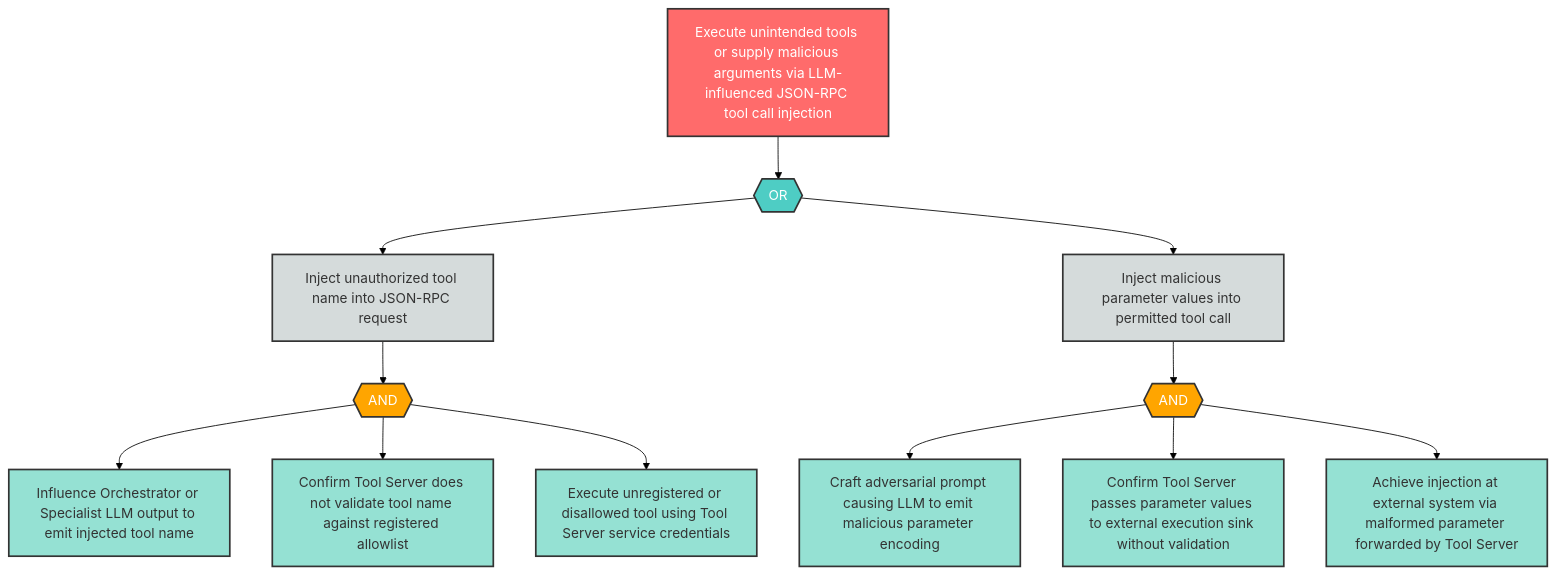
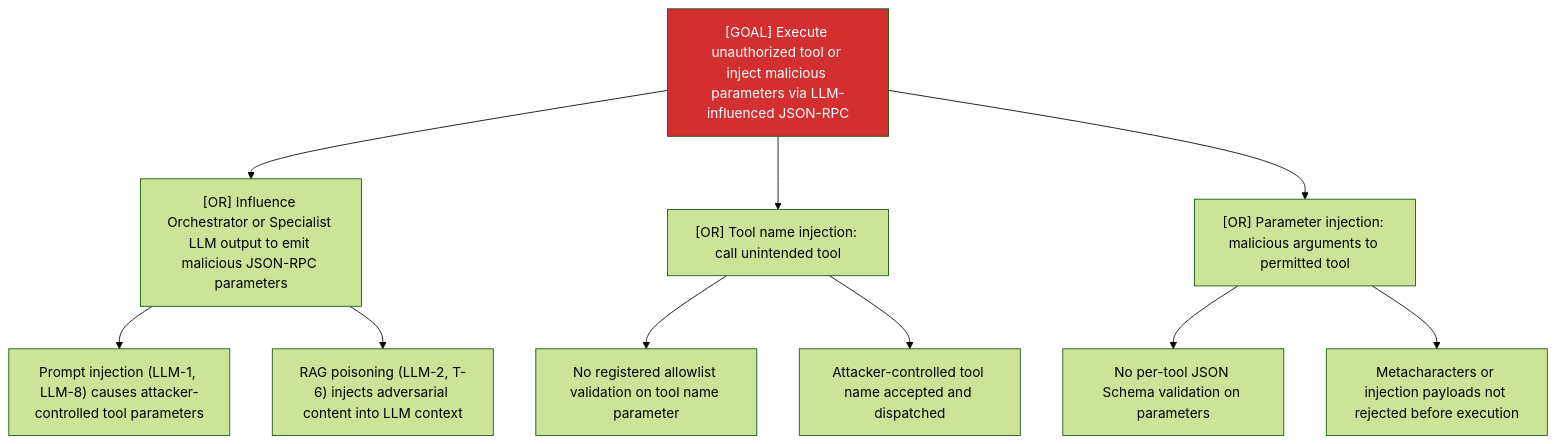
The diagram in examples/agentic-app/sample-report/attack-trees/AG-5-attack-tree.md (q-qp-p/davidmatousek-tachi), drawn with Mermaid (forest theme) before and after one commit. The commit also changed other lines of this file and 132 other files, not shown here.

````diff
--- a/examples/agentic-app/sample-report/attack-trees/AG-5-attack-tree.md
+++ b/examples/agentic-app/sample-report/attack-trees/AG-5-attack-tree.md
@@ -8,39 +7,15 @@
 ```mermaid
-flowchart TD
-    AG5_root["Execute unintended tools or supply malicious arguments via LLM-influenced JSON-RPC tool call injection"]
-    AG5_or1{{"OR"}}
-    AG5_sub1["Inject unauthorized tool name into JSON-RPC request"]
-    AG5_sub2["Inject malicious parameter values into permitted tool call"]
-    AG5_and1{{"AND"}}
-    AG5_leaf1["Influence Orchestrator or Specialist LLM output to emit injected tool name"]
-    AG5_leaf2["Confirm Tool Server does not validate tool name against registered allowlist"]
-    AG5_leaf3["Execute unregistered or disallowed tool using Tool Server service credentials"]
-    AG5_and2{{"AND"}}
-    AG5_leaf4["Craft adversarial prompt causing LLM to emit malicious parameter encoding"]
-    AG5_leaf5["Confirm Tool Server passes parameter values to external execution sink without validation"]
-    AG5_leaf6["Achieve injection at external system via malformed parameter forwarded by Tool Server"]
-
-    AG5_root --> AG5_or1
-    AG5_or1 --> AG5_sub1
-    AG5_or1 --> AG5_sub2
-    AG5_sub1 --> AG5_and1
-    AG5_and1 --> AG5_leaf1
-    AG5_and1 --> AG5_leaf2
-    AG5_and1 --> AG5_leaf3
-    AG5_sub2 --> AG5_and2
-    AG5_and2 --> AG5_leaf4
-    AG5_and2 --> AG5_leaf5
-    AG5_and2 --> AG5_leaf6
-
-    classDef goal fill:#ff6b6b,stroke:#333,stroke-width:2px,color:#fff
-    classDef andGate fill:#ffa500,stroke:#333,stroke-width:2px,color:#fff
-    classDef orGate fill:#4ecdc4,stroke:#333,stroke-width:2px,color:#fff
-    classDef subGoal fill:#d5dbdb,stroke:#333,stroke-width:2px,color:#333
-    classDef leaf fill:#95e1d3,stroke:#333,stroke-width:2px,color:#333
-
-    class AG5_root goal
-    class AG5_or1 orGate
-    class AG5_and1,AG5_and2 andGate
-    class AG5_sub1,AG5_sub2 subGoal
-    class AG5_leaf1,AG5_leaf2,AG5_leaf3,AG5_leaf4,AG5_leaf5,AG5_leaf6 leaf
+graph TD
+    Goal["[GOAL] Execute unauthorized tool or inject malicious parameters via LLM-influenced JSON-RPC"]
+    Goal --> A["[OR] Influence Orchestrator or Specialist LLM output to emit malicious JSON-RPC parameters"]
+    A --> A1["Prompt injection (LLM-1, LLM-8) causes attacker-controlled tool parameters"]
+    A --> A2["RAG poisoning (LLM-2, T-6) injects adversarial content into LLM context"]
+    Goal --> B["[OR] Tool name injection: call unintended tool"]
+    B --> B1["No registered allowlist validation on tool name parameter"]
+    B --> B2["Attacker-controlled tool name accepted and dispatched"]
+    Goal --> C["[OR] Parameter injection: malicious arguments to permitted tool"]
+    C --> C1["No per-tool JSON Schema validation on parameters"]
+    C --> C2["Metacharacters or injection payloads not rejected before execution"]
+    classDef critical fill:#d32f2f,color:#fff
+    class Goal critical
 ```
````
